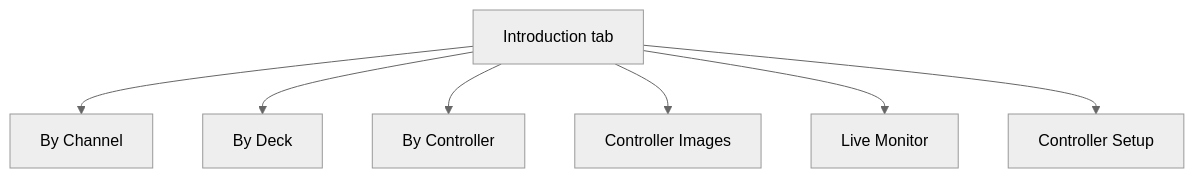
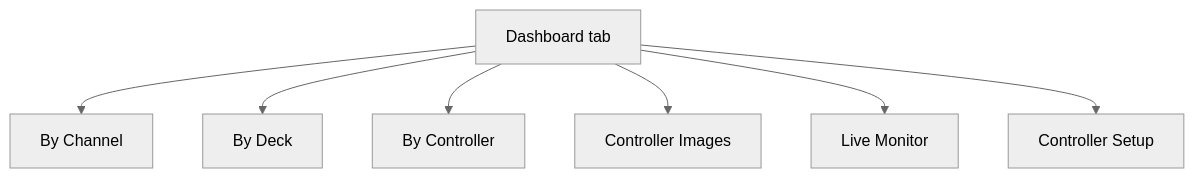
One commit to guillain/DJ-MIDI-Studio changed the second of 2 diagrams in docs/architecture.md. Above: the diagram before and after it, drawn with Mermaid (neutral theme). The commit also changed other lines of this file and 9 other files, not shown here.

Commit message:
feat: rename introduction tab to dashboard

````diff
--- a/docs/architecture.md
+++ b/docs/architecture.md
@@ -41,17 +41,17 @@
 ```mermaid
 flowchart TD
-    Intro[Introduction tab]
+    Intro[Dashboard tab]
     Channel[By Channel]
     Deck[By Deck]
     Controller[By Controller]
     Images[Controller Images]
     Monitor[Live Monitor]
     Setup[Controller Setup]
 
     Intro --> Channel
     Intro --> Deck
     Intro --> Controller
     Intro --> Images
     Intro --> Monitor
     Intro --> Setup
 ```
````
